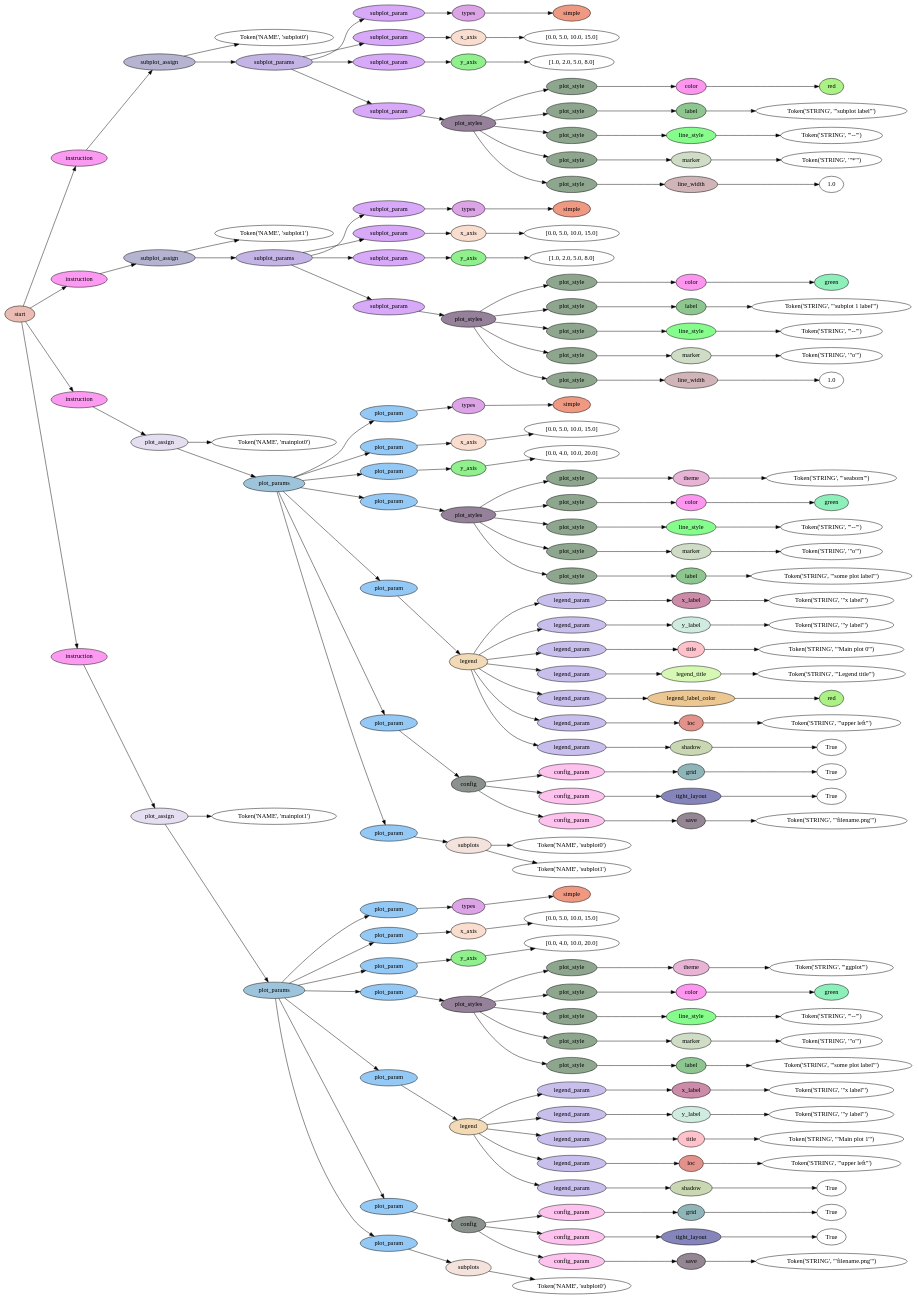
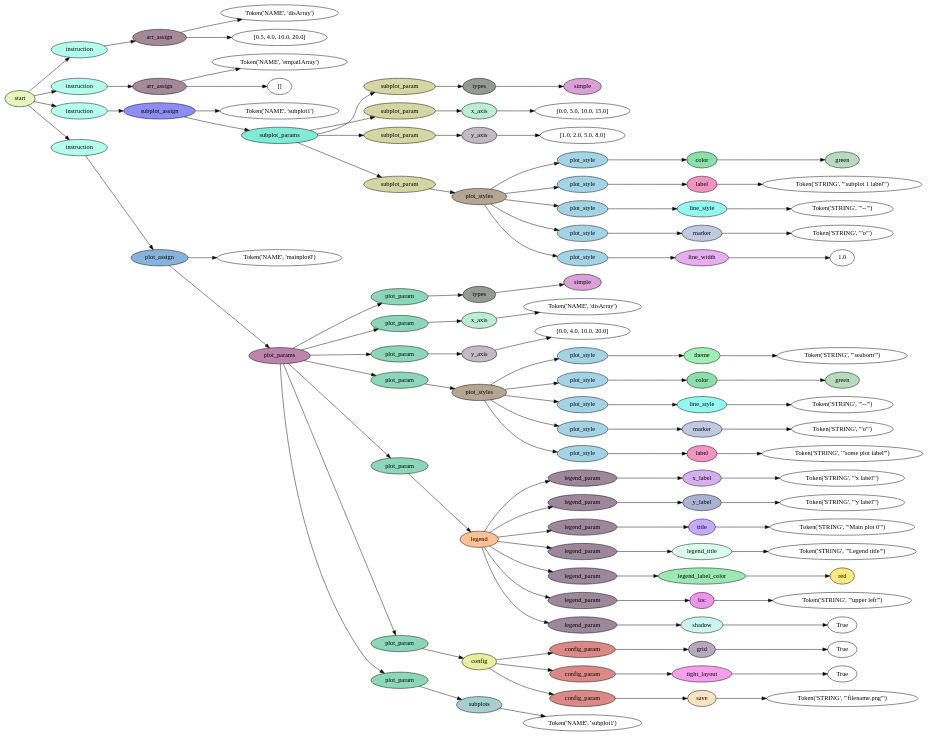
The diagram in main.py.dot (nichitaa/dsl), drawn with Graphviz before and after one commit. The commit also changed 3 other files, not shown here.

```diff
--- a/main.py.dot
+++ b/main.py.dot
@@ -1,382 +1,214 @@
 digraph G {
 rankdir=LR;
-0 [label="Token('NAME', 'subplot0')"];
-1 [fillcolor="#ef9983", label=simple, style=filled];
-2 [fillcolor="#dca4e7", label=types, style=filled];
+0 [label="Token('NAME', 'disArray')"];
+1 [label="[0.5, 4.0, 10.0, 20.0]"];
+2 [fillcolor="#a48996", label=arr_assign, style=filled];
+2 -> 0;
 2 -> 1;
-3 [fillcolor="#d8a9f8", label=subplot_param, style=filled];
+3 [fillcolor="#b4feee", label=instruction, style=filled];
 3 -> 2;
-4 [label="[0.0, 5.0, 10.0, 15.0]"];
-5 [fillcolor="#f9ddcf", label=x_axis, style=filled];
-5 -> 4;
-6 [fillcolor="#d8a9f8", label=subplot_param, style=filled];
+4 [label="Token('NAME', 'empatIArray')"];
+5 [label="[]"];
+6 [fillcolor="#a48996", label=arr_assign, style=filled];
+6 -> 4;
 6 -> 5;
-7 [label="[1.0, 2.0, 5.0, 8.0]"];
-8 [fillcolor="#8ff08d", label=y_axis, style=filled];
-8 -> 7;
-9 [fillcolor="#d8a9f8", label=subplot_param, style=filled];
-9 -> 8;
-10 [fillcolor="#abf186", label=red, style=filled];
-11 [fillcolor="#fd96ef", label=color, style=filled];
+7 [fillcolor="#b4feee", label=instruction, style=filled];
+7 -> 6;
+8 [label="Token('NAME', 'subplot1')"];
+9 [fillcolor="#daa1d8", label=simple, style=filled];
+10 [fillcolor="#969a97", label=types, style=filled];
+10 -> 9;
+11 [fillcolor="#d3d7a4", label=subplot_param, style=filled];
 11 -> 10;
-12 [fillcolor="#8ea68e", label=plot_style, style=filled];
-12 -> 11;
-13 [label="Token('STRING', '\"subplot label\"')"];
-14 [fillcolor="#8ec690", label=label, style=filled];
+12 [label="[0.0, 5.0, 10.0, 15.0]"];
+13 [fillcolor="#beedd6", label=x_axis, style=filled];
+13 -> 12;
+14 [fillcolor="#d3d7a4", label=subplot_param, style=filled];
 14 -> 13;
-15 [fillcolor="#8ea68e", label=plot_style, style=filled];
-15 -> 14;
-16 [label="Token('STRING', '\"--\"')"];
-17 [fillcolor="#85fc8b", label=line_style, style=filled];
+15 [label="[1.0, 2.0, 5.0, 8.0]"];
+16 [fillcolor="#c2bbc4", label=y_axis, style=filled];
+16 -> 15;
+17 [fillcolor="#d3d7a4", label=subplot_param, style=filled];
 17 -> 16;
-18 [fillcolor="#8ea68e", label=plot_style, style=filled];
-18 -> 17;
-19 [label="Token('STRING', '\"*\"')"];
-20 [fillcolor="#d0ddc6", label=marker, style=filled];
+18 [fillcolor="#b8dbbf", label=green, style=filled];
+19 [fillcolor="#8ae0a8", label=color, style=filled];
+19 -> 18;
+20 [fillcolor="#a2d4e5", label=plot_style, style=filled];
 20 -> 19;
-21 [fillcolor="#8ea68e", label=plot_style, style=filled];
-21 -> 20;
-22 [label="1.0"];
-23 [fillcolor="#d0b4b7", label=line_width, style=filled];
+21 [label="Token('STRING', '\"subplot 1 label\"')"];
+22 [fillcolor="#f294c1", label=label, style=filled];
+22 -> 21;
+23 [fillcolor="#a2d4e5", label=plot_style, style=filled];
 23 -> 22;
-24 [fillcolor="#8ea68e", label=plot_style, style=filled];
-24 -> 23;
-25 [fillcolor="#958199", label=plot_styles, style=filled];
-25 -> 12;
-25 -> 15;
-25 -> 18;
-25 -> 21;
+24 [label="Token('STRING', '\"--\"')"];
+25 [fillcolor="#93f8f0", label=line_style, style=filled];
 25 -> 24;
-26 [fillcolor="#d8a9f8", label=subplot_param, style=filled];
+26 [fillcolor="#a2d4e5", label=plot_style, style=filled];
 26 -> 25;
-27 [fillcolor="#c4b3e5", label=subplot_params, style=filled];
-27 -> 3;
-27 -> 6;
-27 -> 9;
-27 -> 26;
-28 [fillcolor="#b4b3d0", label=subplot_assign, style=filled];
-28 -> 0;
+27 [label="Token('STRING', '\"o\"')"];
+28 [fillcolor="#bfc9e2", label=marker, style=filled];
 28 -> 27;
-29 [fillcolor="#fc9af2", label=instruction, style=filled];
+29 [fillcolor="#a2d4e5", label=plot_style, style=filled];
 29 -> 28;
-30 [label="Token('NAME', 'subplot1')"];
-31 [fillcolor="#ef9983", label=simple, style=filled];
-32 [fillcolor="#dca4e7", label=types, style=filled];
+30 [label="1.0"];
+31 [fillcolor="#e8adef", label=line_width, style=filled];
+31 -> 30;
+32 [fillcolor="#a2d4e5", label=plot_style, style=filled];
 32 -> 31;
-33 [fillcolor="#d8a9f8", label=subplot_param, style=filled];
+33 [fillcolor="#b4a692", label=plot_styles, style=filled];
+33 -> 20;
+33 -> 23;
+33 -> 26;
+33 -> 29;
 33 -> 32;
-34 [label="[0.0, 5.0, 10.0, 15.0]"];
-35 [fillcolor="#f9ddcf", label=x_axis, style=filled];
+34 [fillcolor="#d3d7a4", label=subplot_param, style=filled];
+34 -> 33;
+35 [fillcolor="#82ebd6", label=subplot_params, style=filled];
+35 -> 11;
+35 -> 14;
+35 -> 17;
 35 -> 34;
-36 [fillcolor="#d8a9f8", label=subplot_param, style=filled];
+36 [fillcolor="#8d8df3", label=subplot_assign, style=filled];
+36 -> 8;
 36 -> 35;
-37 [label="[1.0, 2.0, 5.0, 8.0]"];
-38 [fillcolor="#8ff08d", label=y_axis, style=filled];
-38 -> 37;
-39 [fillcolor="#d8a9f8", label=subplot_param, style=filled];
-39 -> 38;
-40 [fillcolor="#8eefba", label=green, style=filled];
-41 [fillcolor="#fd96ef", label=color, style=filled];
+37 [fillcolor="#b4feee", label=instruction, style=filled];
+37 -> 36;
+38 [label="Token('NAME', 'mainplot0')"];
+39 [fillcolor="#daa1d8", label=simple, style=filled];
+40 [fillcolor="#969a97", label=types, style=filled];
+40 -> 39;
+41 [fillcolor="#8cd6bc", label=plot_param, style=filled];
 41 -> 40;
-42 [fillcolor="#8ea68e", label=plot_style, style=filled];
-42 -> 41;
-43 [label="Token('STRING', '\"subplot 1 label\"')"];
-44 [fillcolor="#8ec690", label=label, style=filled];
+42 [label="Token('NAME', 'disArray')"];
+43 [fillcolor="#beedd6", label=x_axis, style=filled];
+43 -> 42;
+44 [fillcolor="#8cd6bc", label=plot_param, style=filled];
 44 -> 43;
-45 [fillcolor="#8ea68e", label=plot_style, style=filled];
-45 -> 44;
-46 [label="Token('STRING', '\"--\"')"];
-47 [fillcolor="#85fc8b", label=line_style, style=filled];
+45 [label="[0.0, 4.0, 10.0, 20.0]"];
+46 [fillcolor="#c2bbc4", label=y_axis, style=filled];
+46 -> 45;
+47 [fillcolor="#8cd6bc", label=plot_param, style=filled];
 47 -> 46;
-48 [fillcolor="#8ea68e", label=plot_style, style=filled];
-48 -> 47;
-49 [label="Token('STRING', '\"o\"')"];
-50 [fillcolor="#d0ddc6", label=marker, style=filled];
+48 [label="Token('STRING', '\"seaborn\"')"];
+49 [fillcolor="#9ff0b3", label=theme, style=filled];
+49 -> 48;
+50 [fillcolor="#a2d4e5", label=plot_style, style=filled];
 50 -> 49;
-51 [fillcolor="#8ea68e", label=plot_style, style=filled];
-51 -> 50;
-52 [label="1.0"];
-53 [fillcolor="#d0b4b7", label=line_width, style=filled];
+51 [fillcolor="#b8dbbf", label=green, style=filled];
+52 [fillcolor="#8ae0a8", label=color, style=filled];
+52 -> 51;
+53 [fillcolor="#a2d4e5", label=plot_style, style=filled];
 53 -> 52;
-54 [fillcolor="#8ea68e", label=plot_style, style=filled];
-54 -> 53;
-55 [fillcolor="#958199", label=plot_styles, style=filled];
-55 -> 42;
-55 -> 45;
-55 -> 48;
-55 -> 51;
+54 [label="Token('STRING', '\"--\"')"];
+55 [fillcolor="#93f8f0", label=line_style, style=filled];
 55 -> 54;
-56 [fillcolor="#d8a9f8", label=subplot_param, style=filled];
+56 [fillcolor="#a2d4e5", label=plot_style, style=filled];
 56 -> 55;
-57 [fillcolor="#c4b3e5", label=subplot_params, style=filled];
-57 -> 33;
-57 -> 36;
-57 -> 39;
-57 -> 56;
-58 [fillcolor="#b4b3d0", label=subplot_assign, style=filled];
-58 -> 30;
+57 [label="Token('STRING', '\"o\"')"];
+58 [fillcolor="#bfc9e2", label=marker, style=filled];
 58 -> 57;
-59 [fillcolor="#fc9af2", label=instruction, style=filled];
+59 [fillcolor="#a2d4e5", label=plot_style, style=filled];
 59 -> 58;
-60 [label="Token('NAME', 'mainplot0')"];
-61 [fillcolor="#ef9983", label=simple, style=filled];
-62 [fillcolor="#dca4e7", label=types, style=filled];
+60 [label="Token('STRING', '\"some plot label\"')"];
+61 [fillcolor="#f294c1", label=label, style=filled];
+61 -> 60;
+62 [fillcolor="#a2d4e5", label=plot_style, style=filled];
 62 -> 61;
-63 [fillcolor="#95c9f5", label=plot_param, style=filled];
+63 [fillcolor="#b4a692", label=plot_styles, style=filled];
+63 -> 50;
+63 -> 53;
+63 -> 56;
+63 -> 59;
 63 -> 62;
-64 [label="[0.0, 5.0, 10.0, 15.0]"];
-65 [fillcolor="#f9ddcf", label=x_axis, style=filled];
-65 -> 64;
-66 [fillcolor="#95c9f5", label=plot_param, style=filled];
+64 [fillcolor="#8cd6bc", label=plot_param, style=filled];
+64 -> 63;
+65 [label="Token('STRING', '\"x label\"')"];
+66 [fillcolor="#d4b0f0", label=x_label, style=filled];
 66 -> 65;
-67 [label="[0.0, 4.0, 10.0, 20.0]"];
-68 [fillcolor="#8ff08d", label=y_axis, style=filled];
-68 -> 67;
-69 [fillcolor="#95c9f5", label=plot_param, style=filled];
+67 [fillcolor="#9c889a", label=legend_param, style=filled];
+67 -> 66;
+68 [label="Token('STRING', '\"y label\"')"];
+69 [fillcolor="#abb1d2", label=y_label, style=filled];
 69 -> 68;
-70 [label="Token('STRING', '\"seaborn\"')"];
-71 [fillcolor="#e8b4d6", label=theme, style=filled];
-71 -> 70;
-72 [fillcolor="#8ea68e", label=plot_style, style=filled];
+70 [fillcolor="#9c889a", label=legend_param, style=filled];
+70 -> 69;
+71 [label="Token('STRING', '\"Main plot 0\"')"];
+72 [fillcolor="#c5abfd", label=title, style=filled];
 72 -> 71;
-73 [fillcolor="#8eefba", label=green, style=filled];
-74 [fillcolor="#fd96ef", label=color, style=filled];
-74 -> 73;
-75 [fillcolor="#8ea68e", label=plot_style, style=filled];
+73 [fillcolor="#9c889a", label=legend_param, style=filled];
+73 -> 72;
+74 [label="Token('STRING', '\"Legend title\"')"];
+75 [fillcolor="#dbfdf0", label=legend_title, style=filled];
 75 -> 74;
-76 [label="Token('STRING', '\"--\"')"];
-77 [fillcolor="#85fc8b", label=line_style, style=filled];
-77 -> 76;
-78 [fillcolor="#8ea68e", label=plot_style, style=filled];
+76 [fillcolor="#9c889a", label=legend_param, style=filled];
+76 -> 75;
+77 [fillcolor="#fee980", label=red, style=filled];
+78 [fillcolor="#9be8b3", label=legend_label_color, style=filled];
 78 -> 77;
-79 [label="Token('STRING', '\"o\"')"];
-80 [fillcolor="#d0ddc6", label=marker, style=filled];
-80 -> 79;
-81 [fillcolor="#8ea68e", label=plot_style, style=filled];
+79 [fillcolor="#9c889a", label=legend_param, style=filled];
+79 -> 78;
+80 [label="Token('STRING', '\"upper left\"')"];
+81 [fillcolor="#ed95ec", label=loc, style=filled];
 81 -> 80;
-82 [label="Token('STRING', '\"some plot label\"')"];
-83 [fillcolor="#8ec690", label=label, style=filled];
-83 -> 82;
-84 [fillcolor="#8ea68e", label=plot_style, style=filled];
+82 [fillcolor="#9c889a", label=legend_param, style=filled];
+82 -> 81;
+83 [label=True];
+84 [fillcolor="#cbf6f0", label=shadow, style=filled];
 84 -> 83;
-85 [fillcolor="#958199", label=plot_styles, style=filled];
-85 -> 72;
-85 -> 75;
-85 -> 78;
-85 -> 81;
+85 [fillcolor="#9c889a", label=legend_param, style=filled];
 85 -> 84;
-86 [fillcolor="#95c9f5", label=plot_param, style=filled];
+86 [fillcolor="#fcc295", label=legend, style=filled];
+86 -> 67;
+86 -> 70;
+86 -> 73;
+86 -> 76;
+86 -> 79;
+86 -> 82;
 86 -> 85;
-87 [label="Token('STRING', '\"x label\"')"];
-88 [fillcolor="#cc8ca9", label=x_label, style=filled];
-88 -> 87;
-89 [fillcolor="#c8bfec", label=legend_param, style=filled];
+87 [fillcolor="#8cd6bc", label=plot_param, style=filled];
+87 -> 86;
+88 [label=True];
+89 [fillcolor="#b7a8bc", label=grid, style=filled];
 89 -> 88;
-90 [label="Token('STRING', '\"y label\"')"];
-91 [fillcolor="#d0ebe0", label=y_label, style=filled];
-91 -> 90;
-92 [fillcolor="#c8bfec", label=legend_param, style=filled];
+90 [fillcolor="#db8986", label=config_param, style=filled];
+90 -> 89;
+91 [label=True];
+92 [fillcolor="#f79fec", label=tight_layout, style=filled];
 92 -> 91;
-93 [label="Token('STRING', '\"Main plot 0\"')"];
-94 [fillcolor="#ffc1ca", label=title, style=filled];
-94 -> 93;
-95 [fillcolor="#c8bfec", label=legend_param, style=filled];
+93 [fillcolor="#db8986", label=config_param, style=filled];
+93 -> 92;
+94 [label="Token('STRING', '\"filename.png\"')"];
+95 [fillcolor="#f8e3c2", label=save, style=filled];
 95 -> 94;
-96 [label="Token('STRING', '\"Legend title\"')"];
-97 [fillcolor="#d7f8b4", label=legend_title, style=filled];
+96 [fillcolor="#db8986", label=config_param, style=filled];
+96 -> 95;
+97 [fillcolor="#e9ef9e", label=config, style=filled];
+97 -> 90;
+97 -> 93;
 97 -> 96;
-98 [fillcolor="#c8bfec", label=legend_param, style=filled];
+98 [fillcolor="#8cd6bc", label=plot_param, style=filled];
 98 -> 97;
-99 [fillcolor="#abf186", label=red, style=filled];
-100 [fillcolor="#edc792", label=legend_label_color, style=filled];
+99 [label="Token('NAME', 'subplot1')"];
+100 [fillcolor="#a6cfd0", label=subplots, style=filled];
 100 -> 99;
-101 [fillcolor="#c8bfec", label=legend_param, style=filled];
+101 [fillcolor="#8cd6bc", label=plot_param, style=filled];
 101 -> 100;
-102 [label="Token('STRING', '\"upper left\"')"];
-103 [fillcolor="#e2928a", label=loc, style=filled];
+102 [fillcolor="#bc83ac", label=plot_params, style=filled];
+102 -> 41;
+102 -> 44;
+102 -> 47;
+102 -> 64;
+102 -> 87;
+102 -> 98;
+102 -> 101;
+103 [fillcolor="#86b3dc", label=plot_assign, style=filled];
+103 -> 38;
 103 -> 102;
-104 [fillcolor="#c8bfec", label=legend_param, style=filled];
+104 [fillcolor="#b4feee", label=instruction, style=filled];
 104 -> 103;
-105 [label=True];
-106 [fillcolor="#c9d7b3", label=shadow, style=filled];
-106 -> 105;
-107 [fillcolor="#c8bfec", label=legend_param, style=filled];
-107 -> 106;
-108 [fillcolor="#f2dab7", label=legend, style=filled];
-108 -> 89;
-108 -> 92;
-108 -> 95;
-108 -> 98;
-108 -> 101;
-108 -> 104;
-108 -> 107;
-109 [fillcolor="#95c9f5", label=plot_param, style=filled];
-109 -> 108;
-110 [label=True];
-111 [fillcolor="#8fb5b9", label=grid, style=filled];
-111 -> 110;
-112 [fillcolor="#fec2ee", label=config_param, style=filled];
-112 -> 111;
-113 [label=True];
-114 [fillcolor="#8585bb", label=tight_layout, style=filled];
-114 -> 113;
-115 [fillcolor="#fec2ee", label=config_param, style=filled];
-115 -> 114;
-116 [label="Token('STRING', '\"filename.png\"')"];
-117 [fillcolor="#948692", label=save, style=filled];
-117 -> 116;
-118 [fillcolor="#fec2ee", label=config_param, style=filled];
-118 -> 117;
-119 [fillcolor="#8b928e", label=config, style=filled];
-119 -> 112;
-119 -> 115;
-119 -> 118;
-120 [fillcolor="#95c9f5", label=plot_param, style=filled];
-120 -> 119;
-121 [label="Token('NAME', 'subplot0')"];
-122 [label="Token('NAME', 'subplot1')"];
-123 [fillcolor="#f3e3dc", label=subplots, style=filled];
-123 -> 121;
-123 -> 122;
-124 [fillcolor="#95c9f5", label=plot_param, style=filled];
-124 -> 123;
-125 [fillcolor="#9ec4dc", label=plot_params, style=filled];
-125 -> 63;
-125 -> 66;
-125 -> 69;
-125 -> 86;
-125 -> 109;
-125 -> 120;
-125 -> 124;
-126 [fillcolor="#e5def0", label=plot_assign, style=filled];
-126 -> 60;
-126 -> 125;
-127 [fillcolor="#fc9af2", label=instruction, style=filled];
-127 -> 126;
-128 [label="Token('NAME', 'mainplot1')"];
-129 [fillcolor="#ef9983", label=simple, style=filled];
-130 [fillcolor="#dca4e7", label=types, style=filled];
-130 -> 129;
-131 [fillcolor="#95c9f5", label=plot_param, style=filled];
-131 -> 130;
-132 [label="[0.0, 5.0, 10.0, 15.0]"];
-133 [fillcolor="#f9ddcf", label=x_axis, style=filled];
-133 -> 132;
-134 [fillcolor="#95c9f5", label=plot_param, style=filled];
-134 -> 133;
-135 [label="[0.0, 4.0, 10.0, 20.0]"];
-136 [fillcolor="#8ff08d", label=y_axis, style=filled];
-136 -> 135;
-137 [fillcolor="#95c9f5", label=plot_param, style=filled];
-137 -> 136;
-138 [label="Token('STRING', '\"ggplot\"')"];
-139 [fillcolor="#e8b4d6", label=theme, style=filled];
-139 -> 138;
-140 [fillcolor="#8ea68e", label=plot_style, style=filled];
-140 -> 139;
-141 [fillcolor="#8eefba", label=green, style=filled];
-142 [fillcolor="#fd96ef", label=color, style=filled];
-142 -> 141;
-143 [fillcolor="#8ea68e", label=plot_style, style=filled];
-143 -> 142;
-144 [label="Token('STRING', '\"--\"')"];
-145 [fillcolor="#85fc8b", label=line_style, style=filled];
-145 -> 144;
-146 [fillcolor="#8ea68e", label=plot_style, style=filled];
-146 -> 145;
-147 [label="Token('STRING', '\"o\"')"];
-148 [fillcolor="#d0ddc6", label=marker, style=filled];
-148 -> 147;
-149 [fillcolor="#8ea68e", label=plot_style, style=filled];
-149 -> 148;
-150 [label="Token('STRING', '\"some plot label\"')"];
-151 [fillcolor="#8ec690", label=label, style=filled];
-151 -> 150;
-152 [fillcolor="#8ea68e", label=plot_style, style=filled];
-152 -> 151;
-153 [fillcolor="#958199", label=plot_styles, style=filled];
-153 -> 140;
-153 -> 143;
-153 -> 146;
-153 -> 149;
-153 -> 152;
-154 [fillcolor="#95c9f5", label=plot_param, style=filled];
-154 -> 153;
-155 [label="Token('STRING', '\"x label\"')"];
-156 [fillcolor="#cc8ca9", label=x_label, style=filled];
-156 -> 155;
-157 [fillcolor="#c8bfec", label=legend_param, style=filled];
-157 -> 156;
-158 [label="Token('STRING', '\"y label\"')"];
-159 [fillcolor="#d0ebe0", label=y_label, style=filled];
-159 -> 158;
-160 [fillcolor="#c8bfec", label=legend_param, style=filled];
-160 -> 159;
-161 [label="Token('STRING', '\"Main plot 1\"')"];
-162 [fillcolor="#ffc1ca", label=title, style=filled];
-162 -> 161;
-163 [fillcolor="#c8bfec", label=legend_param, style=filled];
-163 -> 162;
-164 [label="Token('STRING', '\"upper left\"')"];
-165 [fillcolor="#e2928a", label=loc, style=filled];
-165 -> 164;
-166 [fillcolor="#c8bfec", label=legend_param, style=filled];
-166 -> 165;
-167 [label=True];
-168 [fillcolor="#c9d7b3", label=shadow, style=filled];
-168 -> 167;
-169 [fillcolor="#c8bfec", label=legend_param, style=filled];
-169 -> 168;
-170 [fillcolor="#f2dab7", label=legend, style=filled];
-170 -> 157;
-170 -> 160;
-170 -> 163;
-170 -> 166;
-170 -> 169;
-171 [fillcolor="#95c9f5", label=plot_param, style=filled];
-171 -> 170;
-172 [label=True];
-173 [fillcolor="#8fb5b9", label=grid, style=filled];
-173 -> 172;
-174 [fillcolor="#fec2ee", label=config_param, style=filled];
-174 -> 173;
-175 [label=True];
-176 [fillcolor="#8585bb", label=tight_layout, style=filled];
-176 -> 175;
-177 [fillcolor="#fec2ee", label=config_param, style=filled];
-177 -> 176;
-178 [label="Token('STRING', '\"filename.png\"')"];
-179 [fillcolor="#948692", label=save, style=filled];
-179 -> 178;
-180 [fillcolor="#fec2ee", label=config_param, style=filled];
-180 -> 179;
-181 [fillcolor="#8b928e", label=config, style=filled];
-181 -> 174;
-181 -> 177;
-181 -> 180;
-182 [fillcolor="#95c9f5", label=plot_param, style=filled];
-182 -> 181;
-183 [label="Token('NAME', 'subplot0')"];
-184 [fillcolor="#f3e3dc", label=subplots, style=filled];
-184 -> 183;
-185 [fillcolor="#95c9f5", label=plot_param, style=filled];
-185 -> 184;
-186 [fillcolor="#9ec4dc", label=plot_params, style=filled];
-186 -> 131;
-186 -> 134;
-186 -> 137;
-186 -> 154;
-186 -> 171;
-186 -> 182;
-186 -> 185;
-187 [fillcolor="#e5def0", label=plot_assign, style=filled];
-187 -> 128;
-187 -> 186;
-188 [fillcolor="#fc9af2", label=instruction, style=filled];
-188 -> 187;
-189 [fillcolor="#eabcb4", label=start, style=filled];
-189 -> 29;
-189 -> 59;
-189 -> 127;
-189 -> 188;
+105 [fillcolor="#e6f6bc", label=start, style=filled];
+105 -> 3;
+105 -> 7;
+105 -> 37;
+105 -> 104;
 }
```
